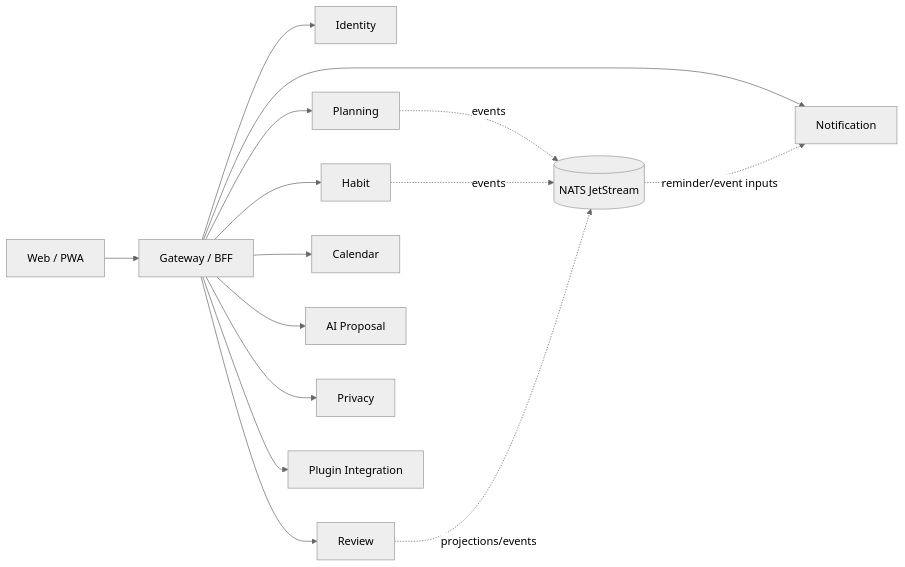
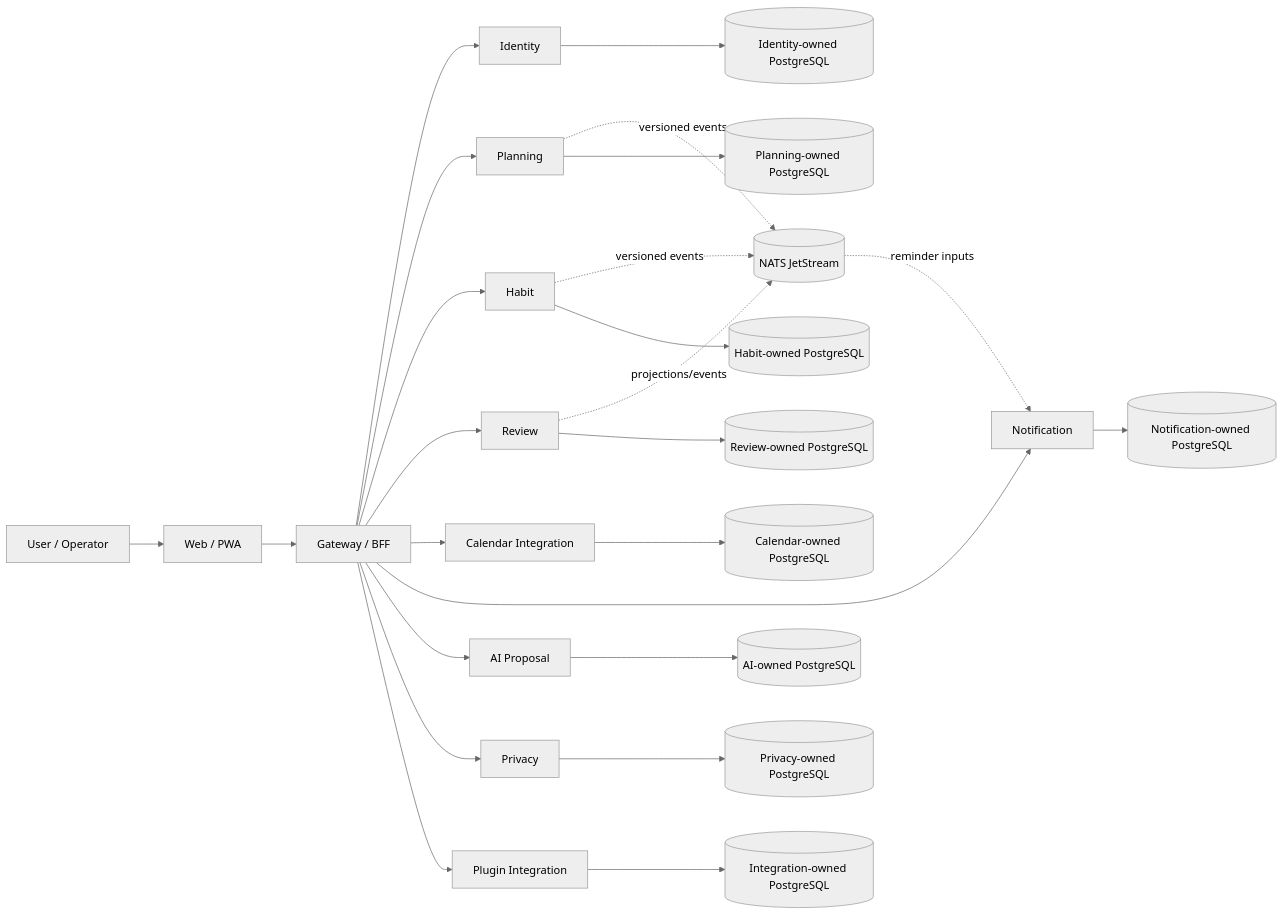
Before and after one commit to ContextualWisdomLab/life-os: the first of 15 diagrams in docs/UML.md, drawn with Mermaid (neutral theme). The commit also changed other lines of this file and 12 other files, not shown here.

````diff
--- a/docs/UML.md
+++ b/docs/UML.md
@@ -11,17 +11,29 @@
 ```mermaid
 flowchart LR
-    U[Web / PWA] --> B[Gateway / BFF]
-    B --> I[Identity]
-    B --> P[Planning]
-    B --> H[Habit]
-    B --> R[Review]
-    B --> C[Calendar]
-    B --> N[Notification]
-    B --> A[AI Proposal]
-    B --> V[Privacy]
-    B --> X[Plugin Integration]
-    P -. events .-> J[(NATS JetStream)]
-    H -. events .-> J
-    R -. projections/events .-> J
-    J -. reminder/event inputs .-> N
+    User[User / Operator] --> Web[Web / PWA]
+    Web --> Gateway[Gateway / BFF]
+    Gateway --> Identity[Identity]
+    Gateway --> Planning[Planning]
+    Gateway --> Habit[Habit]
+    Gateway --> Review[Review]
+    Gateway --> Calendar[Calendar Integration]
+    Gateway --> Notification[Notification]
+    Gateway --> AI[AI Proposal]
+    Gateway --> Privacy[Privacy]
+    Gateway --> Plugin[Plugin Integration]
+
+    Planning -. versioned events .-> NATS[(NATS JetStream)]
+    Habit -. versioned events .-> NATS
+    Review -. projections/events .-> NATS
+    NATS -. reminder inputs .-> Notification
+
+    Identity --> IDB[(Identity-owned PostgreSQL)]
+    Planning --> PDB[(Planning-owned PostgreSQL)]
+    Habit --> HDB[(Habit-owned PostgreSQL)]
+    Review --> RDB[(Review-owned PostgreSQL)]
+    Calendar --> CDB[(Calendar-owned PostgreSQL)]
+    Notification --> NDB[(Notification-owned PostgreSQL)]
+    AI --> ADB[(AI-owned PostgreSQL)]
+    Privacy --> VDB[(Privacy-owned PostgreSQL)]
+    Plugin --> XDB[(Integration-owned PostgreSQL)]
 ```
````
